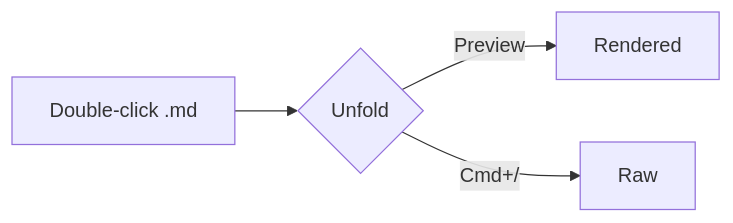
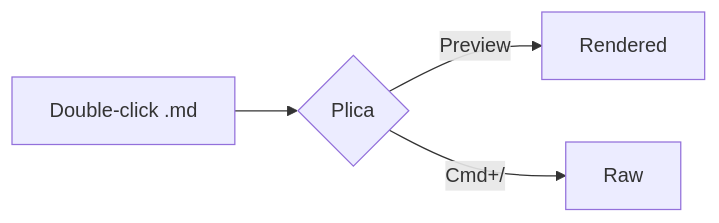
Before and after one commit to ryangswe/plica: the diagram in tests/fixtures/sample.md, drawn with Mermaid. The commit also changed other lines of this file and 26 other files, not shown here.

````diff
--- a/tests/fixtures/sample.md
+++ b/tests/fixtures/sample.md
@@ -56,6 +56,6 @@
 ```mermaid
 flowchart LR
-  A[Double-click .md] --> B{Unfold}
+  A[Double-click .md] --> B{Plica}
   B -->|Preview| C[Rendered]
   B -->|Cmd+/| D[Raw]
 ```
````
